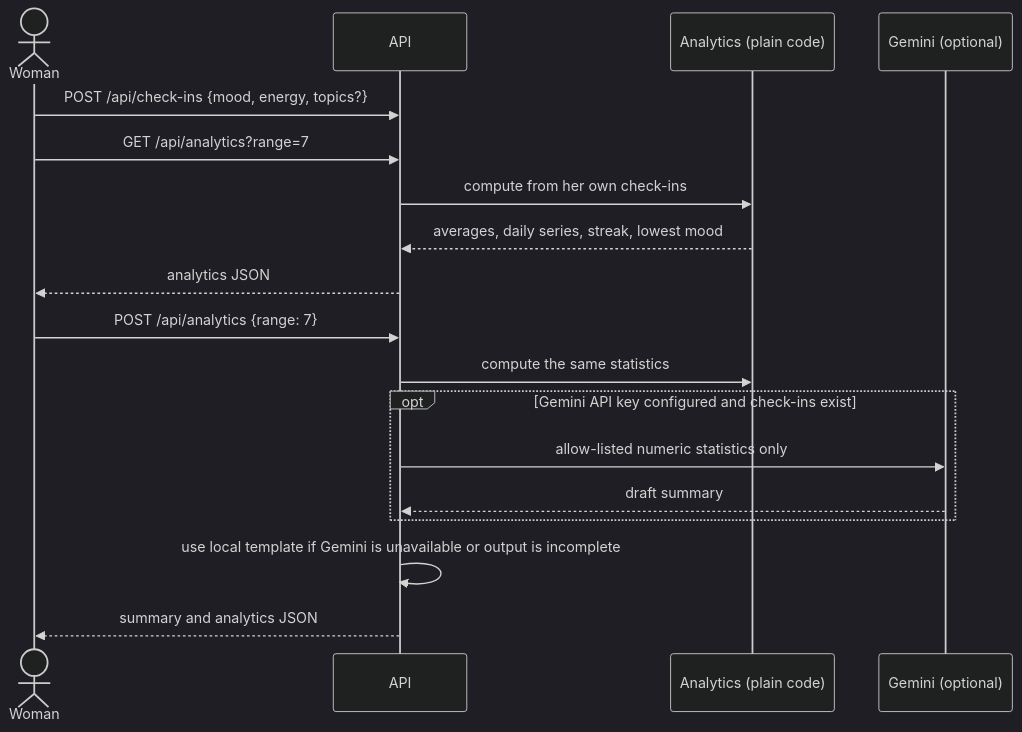
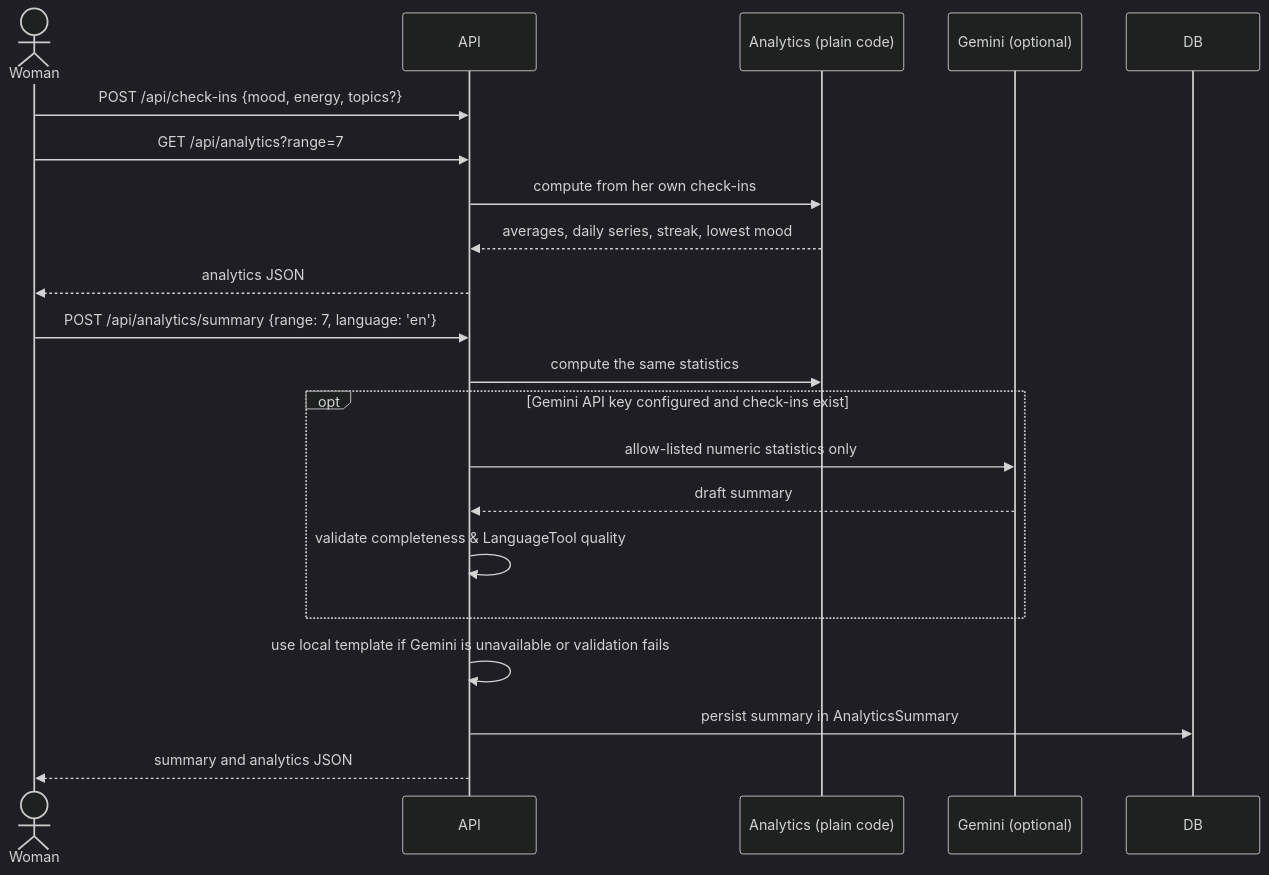
Before and after one commit to meriemchebab/Rahati: the eighth of 9 diagrams in README.md, drawn with Mermaid (dark theme). The commit also changed other lines of this file, not shown here.

Commit message:
docs: update AI and analytics summary documentation in README

````diff
--- a/README.md
+++ b/README.md
@@ -324,20 +335,22 @@
 ```mermaid
 sequenceDiagram
   actor Woman
   participant API
   participant Stats as Analytics (plain code)
   participant LLM as Gemini (optional)
   Woman->>API: POST /api/check-ins {mood, energy, topics?}
   Woman->>API: GET /api/analytics?range=7
   API->>Stats: compute from her own check-ins
   Stats-->>API: averages, daily series, streak, lowest mood
   API-->>Woman: analytics JSON
-  Woman->>API: POST /api/analytics {range: 7}
+  Woman->>API: POST /api/analytics/summary {range: 7, language: 'en'}
   API->>Stats: compute the same statistics
   opt Gemini API key configured and check-ins exist
     API->>LLM: allow-listed numeric statistics only
     LLM-->>API: draft summary
+    API->>API: validate completeness & LanguageTool quality
   end
-  API->>API: use local template if Gemini is unavailable or output is incomplete
+  API->>API: use local template if Gemini is unavailable or validation fails
+  API->>DB: persist summary in AnalyticsSummary
   API-->>Woman: summary and analytics JSON
 ```
````
